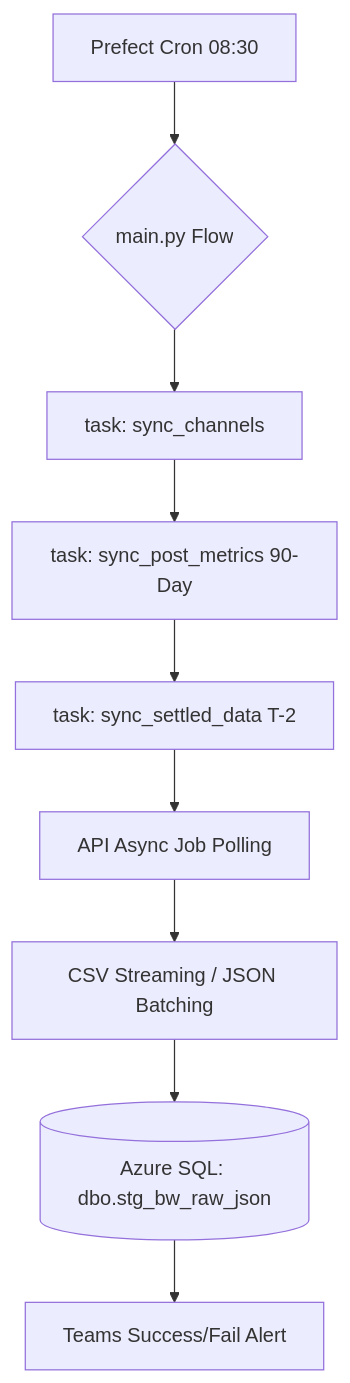
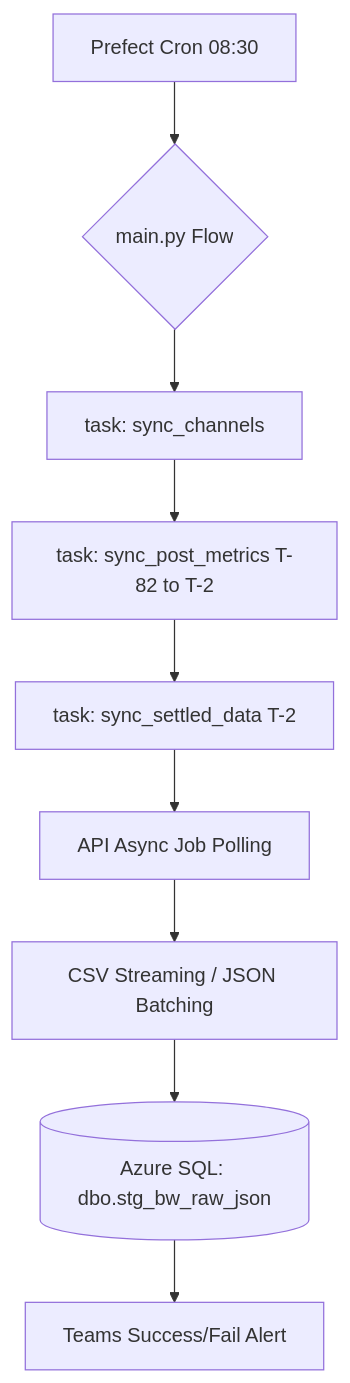
One commit to nateadewynters-prog/prefect-prod changed the diagram in brandwatch_extraction/readme.md. Above: the diagram before and after it, drawn with Mermaid. The commit also changed other lines of this file and 11 other files, not shown here.

````diff
--- a/brandwatch_extraction/readme.md
+++ b/brandwatch_extraction/readme.md
@@ -41,11 +41,11 @@
 ```mermaid
 graph TD
     A[Prefect Cron 08:30] --> B{main.py Flow}
     B --> C[task: sync_channels]
-    C --> D[task: sync_post_metrics 90-Day]
+    C --> D[task: sync_post_metrics T-82 to T-2]
     D --> E[task: sync_settled_data T-2]
     E --> F[API Async Job Polling]
     F --> G[CSV Streaming / JSON Batching]
     G --> H[(Azure SQL: dbo.stg_bw_raw_json)]
     H --> I[Teams Success/Fail Alert]
 ```
````
